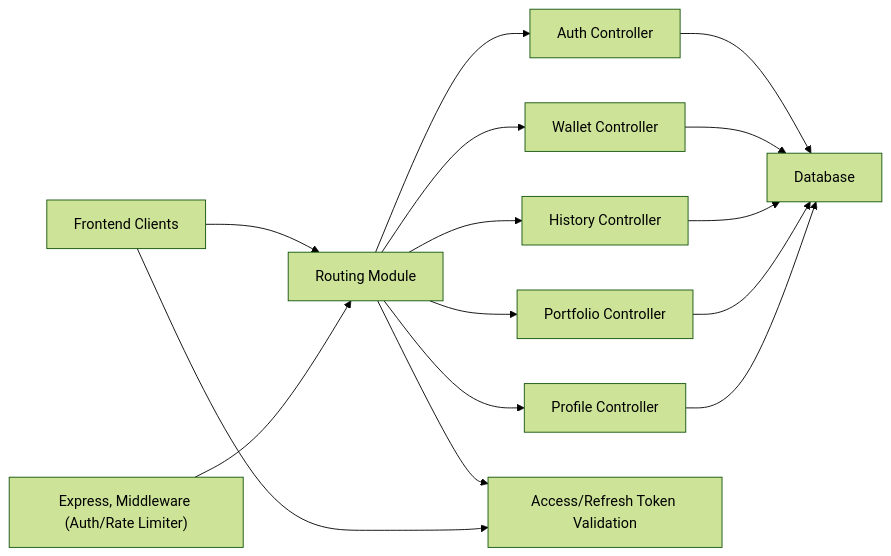
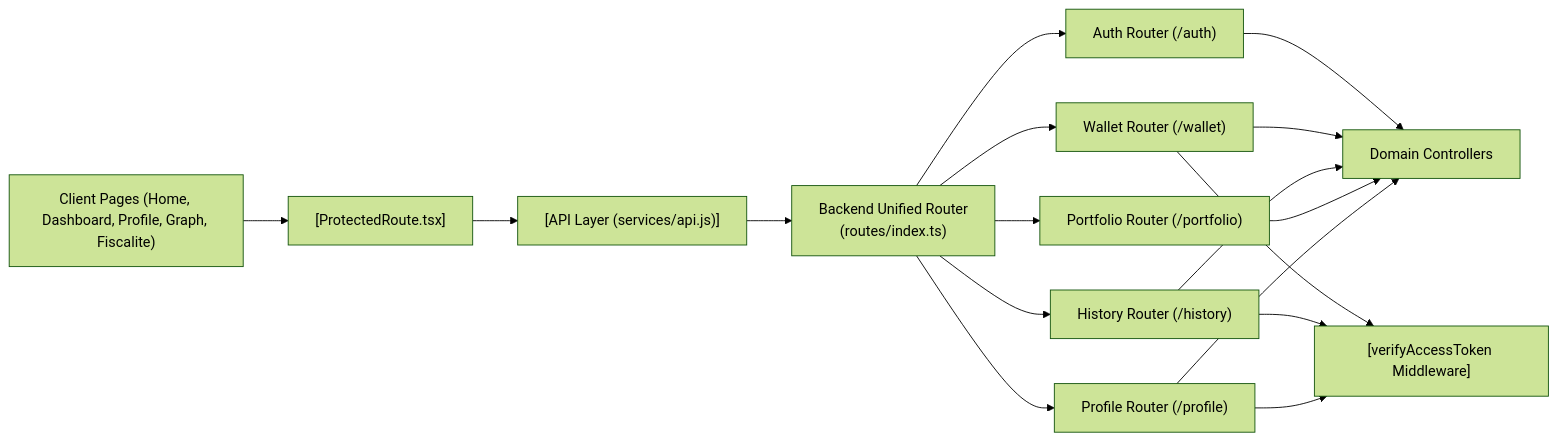
Before and after one commit to test-orga-shelfya/test-shelfya: the diagram in .shelfya/guide/routing.md, drawn with Mermaid (forest theme). The commit also changed other lines of this file and 8 other files, not shown here.

````diff
--- a/.shelfya/guide/routing.md
+++ b/.shelfya/guide/routing.md
@@ -51,17 +62,34 @@
 ```mermaid
 flowchart LR
-  clientApp["Frontend Clients"] --> apiRouter["Routing Module"]
-  dependencies["Express, Middleware (Auth/Rate Limiter)"] --> apiRouter
-  apiRouter --> authController["Auth Controller"]
-  apiRouter --> walletController["Wallet Controller"]
-  apiRouter --> historyController["History Controller"]
-  apiRouter --> portfolioController["Portfolio Controller"]
-  apiRouter --> profileController["Profile Controller"]
-  authController --> db["Database"]
-  walletController --> db
-  historyController --> db
-  portfolioController --> db
-  profileController --> db
-  apiRouter --> protectedRoutes["Access/Refresh Token Validation"]
-  clientApp --> protectedRoutes
+  clientPages["Client Pages (Home, Dashboard, Profile, Graph, Fiscalite)"]
+  protectedRoute["[ProtectedRoute.tsx]"]
+  apiLayer["[API Layer (services/api.js)]"]
+  backendRouter["Backend Unified Router\n(routes/index.ts)"]
+  auth["Auth Router (/auth)"]
+  wallet["Wallet Router (/wallet)"]
+  history["History Router (/history)"]
+  portfolio["Portfolio Router (/portfolio)"]
+  profile["Profile Router (/profile)"]
+  authMW["[verifyAccessToken Middleware]"]
+  controllers["Domain Controllers"]
+
+  clientPages --> protectedRoute
+  protectedRoute --> apiLayer
+  apiLayer --> backendRouter
+
+  backendRouter --> auth
+  backendRouter --> wallet
+  backendRouter --> history
+  backendRouter --> portfolio
+  backendRouter --> profile
+
+  wallet --> authMW
+  history --> authMW
+  profile --> authMW
+
+  auth --> controllers
+  wallet --> controllers
+  history --> controllers
+  portfolio --> controllers
+  profile --> controllers
 ```
````
